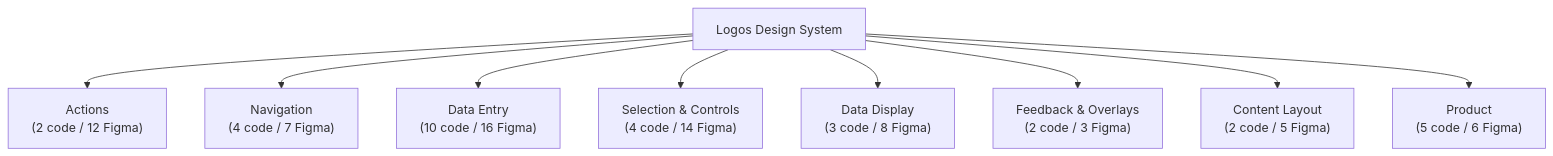
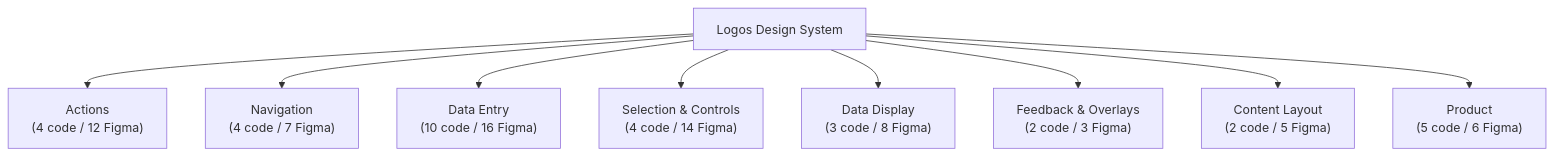
The second of 2 diagrams in inventory/docs/08-taxonomy.md (calebn/design-system-theme-evolution), drawn with Mermaid before and after one commit. The commit also changed other lines of this file and 8 other files, not shown here.

````diff
--- a/inventory/docs/08-taxonomy.md
+++ b/inventory/docs/08-taxonomy.md
@@ -61,12 +63,12 @@
 ```mermaid
 graph TD
   DesignSystem["Logos Design System"]
-  DesignSystem --> actions["Actions\n(2 code / 12 Figma)"]
+  DesignSystem --> actions["Actions\n(4 code / 12 Figma)"]
   DesignSystem --> navigation["Navigation\n(4 code / 7 Figma)"]
   DesignSystem --> data_entry["Data Entry\n(10 code / 16 Figma)"]
   DesignSystem --> selection["Selection & Controls\n(4 code / 14 Figma)"]
   DesignSystem --> data_display["Data Display\n(3 code / 8 Figma)"]
   DesignSystem --> feedback["Feedback & Overlays\n(2 code / 3 Figma)"]
   DesignSystem --> content_layout["Content Layout\n(2 code / 5 Figma)"]
   DesignSystem --> product["Product\n(5 code / 6 Figma)"]
 ```
````
